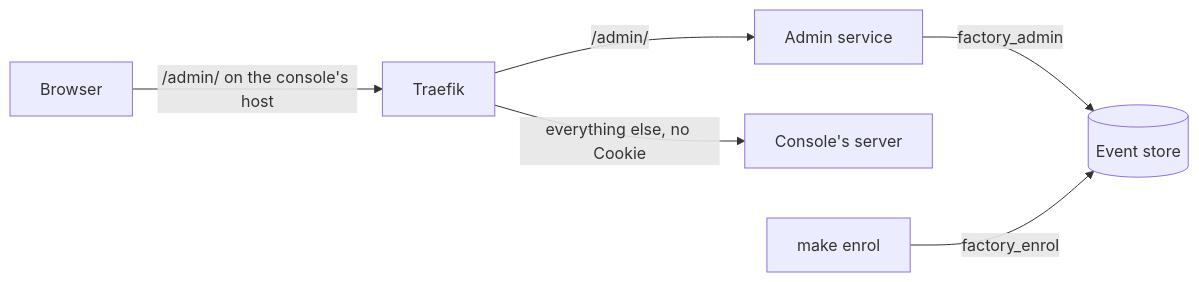
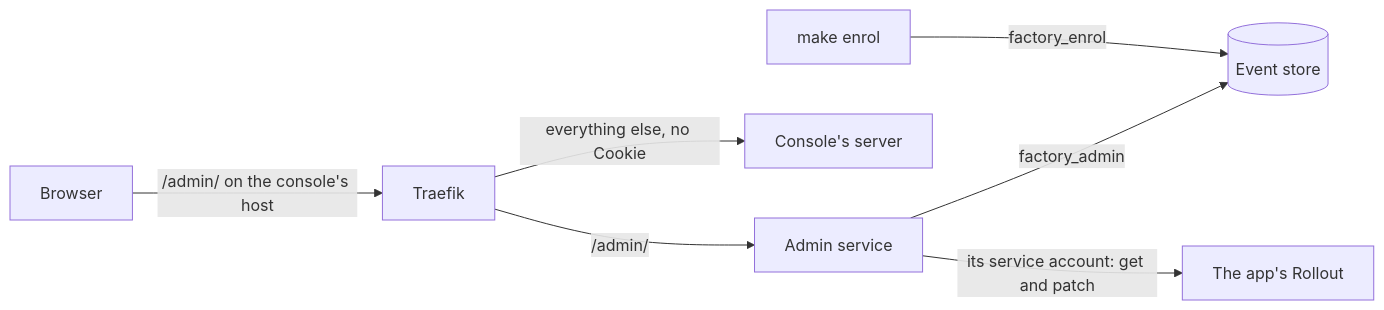
One commit to mrogan/cv-software-factory changed the diagram in docs/COMPONENTS/ADMIN-SERVICE.md. Above: the diagram before and after it, drawn with Mermaid. The commit also changed other lines of this file and 43 other files, not shown here.

````diff
--- a/docs/COMPONENTS/ADMIN-SERVICE.md
+++ b/docs/COMPONENTS/ADMIN-SERVICE.md
@@ -8,8 +9,9 @@
 ```mermaid
 flowchart LR
   browser[Browser] -- "/admin/ on the console's host" --> traefik[Traefik]
   traefik -- "/admin/" --> admin[Admin service]
   traefik -- "everything else, no Cookie" --> console[Console's server]
   admin -- "factory_admin" --> store[(Event store)]
+  admin -- "its service account: get and patch" --> rollout[The app's Rollout]
   cli["make enrol"] -- "factory_enrol" --> store
 ```
````
